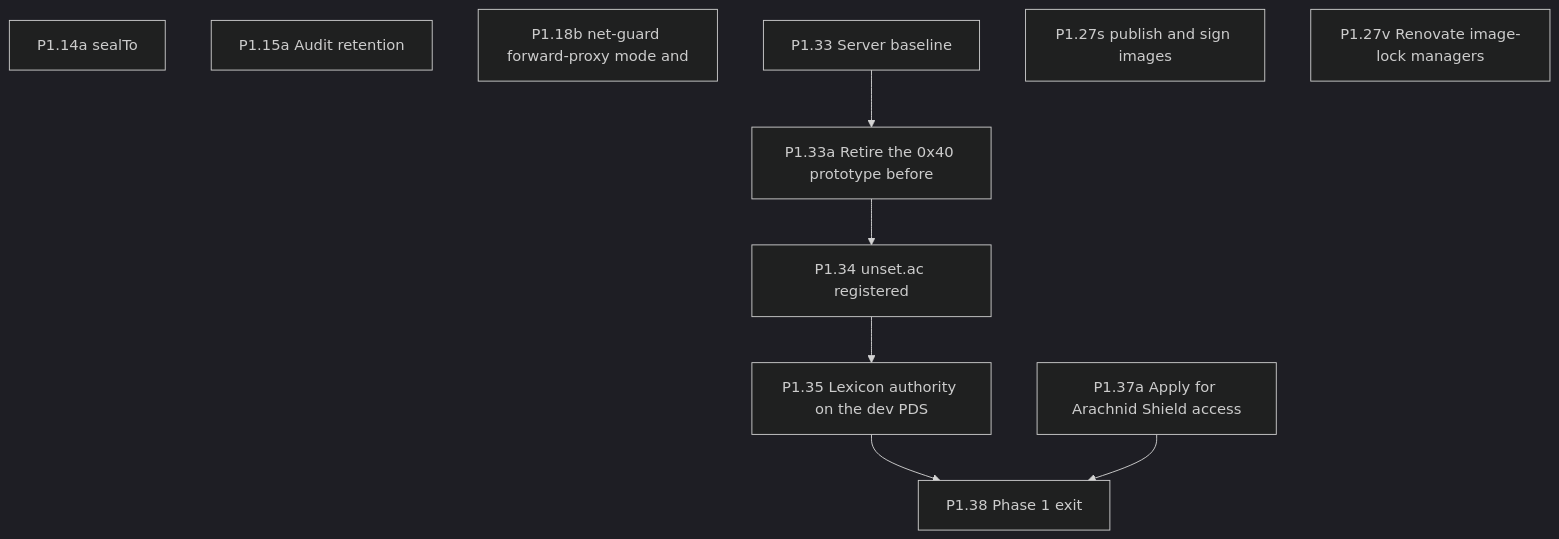
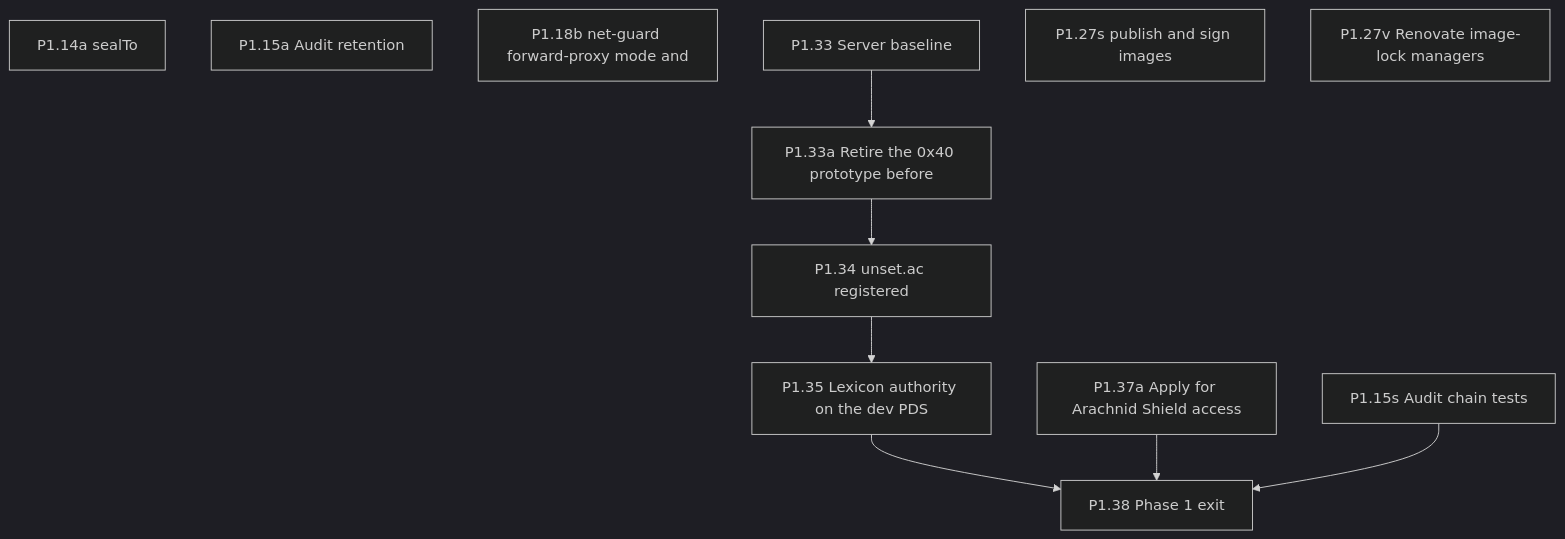
Before and after one commit to Undefined6799/unset: the fourth of 11 diagrams in docs/ai/book/01-outline.md, drawn with Mermaid (dark theme). The commit also changed other lines of this file and 3 other files, not shown here.

````diff
--- a/docs/ai/book/01-outline.md
+++ b/docs/ai/book/01-outline.md
@@ -593,19 +597,21 @@
 ```mermaid
 flowchart TD
   P1_14a["P1.14a sealTo"]
   P1_15a["P1.15a Audit retention"]
+  P1_15s["P1.15s Audit chain tests"]
   P1_18b["P1.18b net-guard forward-proxy mode and"]
   P1_33["P1.33 Server baseline"]
   P1_33a["P1.33a Retire the 0x40 prototype before"]
   P1_34["P1.34 unset.ac registered"]
   P1_35["P1.35 Lexicon authority on the dev PDS"]
   P1_27s["P1.27s publish and sign images"]
   P1_27v["P1.27v Renovate image-lock managers"]
   P1_37a["P1.37a Apply for Arachnid Shield access"]
   P1_38["P1.38 Phase 1 exit"]
   P1_33 --> P1_33a
   P1_33a --> P1_34
   P1_34 --> P1_35
   P1_35 --> P1_38
   P1_37a --> P1_38
+  P1_15s --> P1_38
 ```
````
